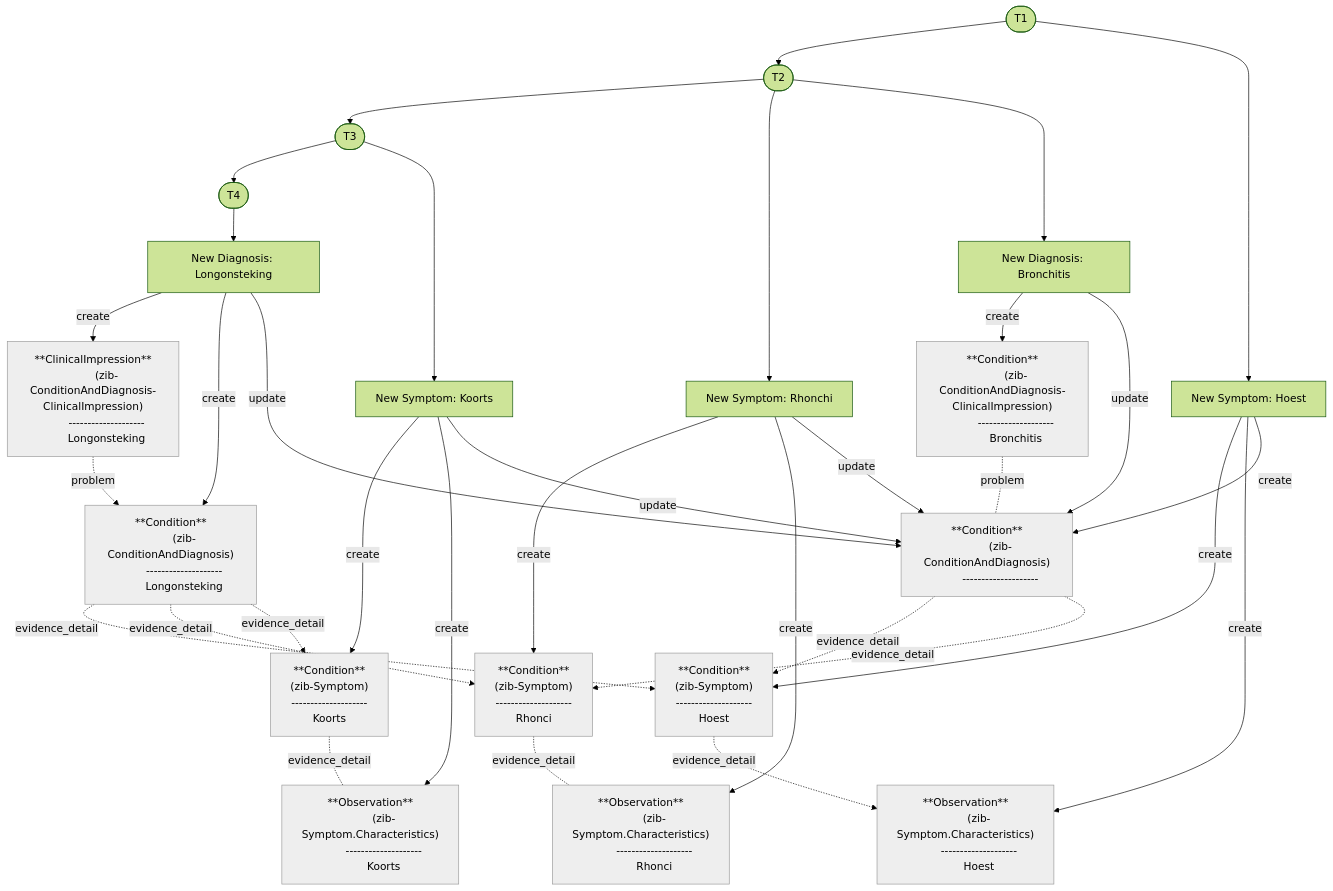
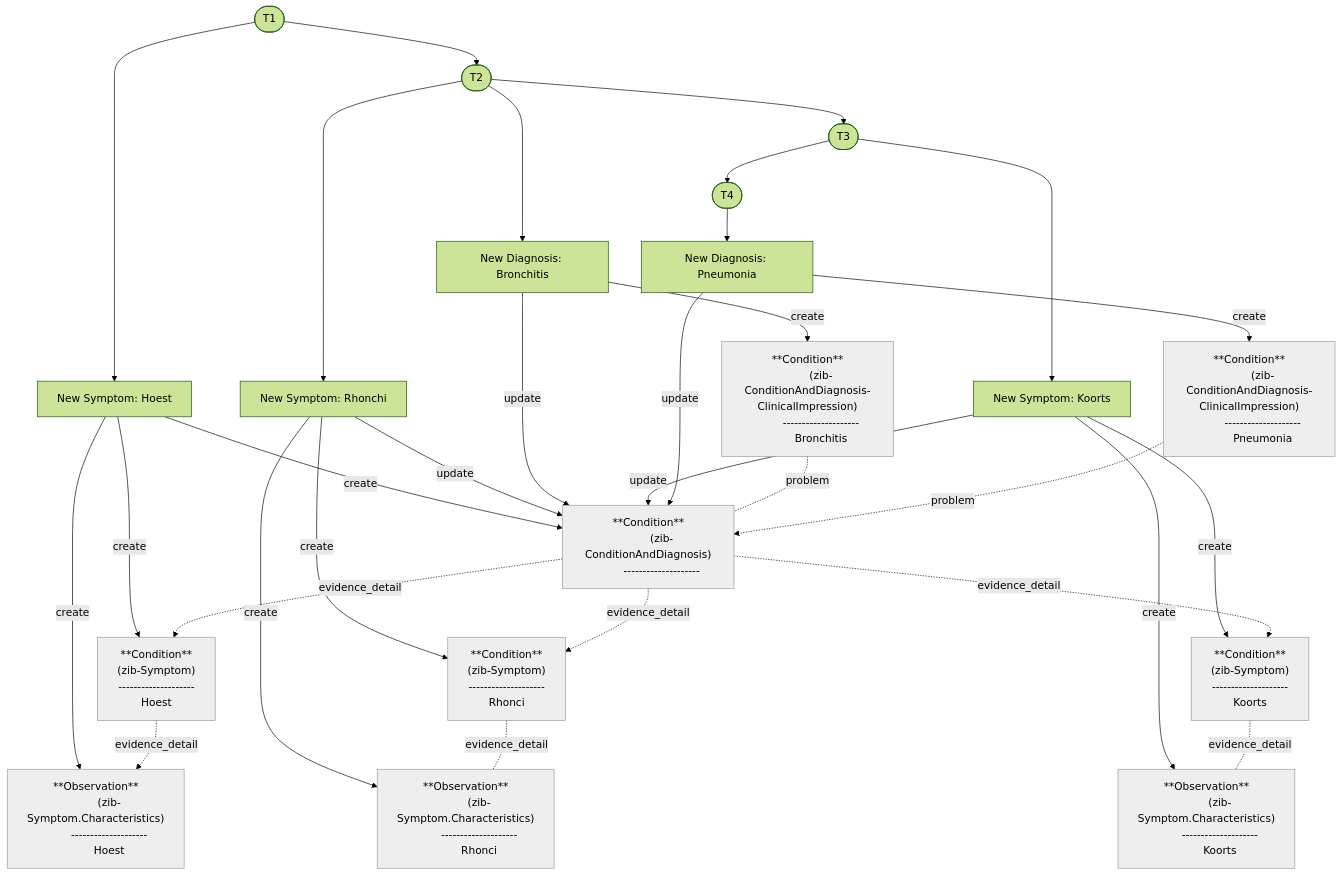
Before and after one commit to Nictiz/Nictiz-R4-zib2024: the second of 21 diagrams in documentation/Condition-Diagnosis-Symptom.md, drawn with Mermaid (forest theme). The commit also changed other lines of this file, not shown here.

````diff
--- a/documentation/Condition-Diagnosis-Symptom.md
+++ b/documentation/Condition-Diagnosis-Symptom.md
@@ -66,67 +67,59 @@
 ```mermaid
 flowchart TB
     T1(["T1"]) --> T2(["T2"]) & Symptom_Hoest["New Symptom: Hoest"]
     T2 --> T3(["T3"]) & Symptom_Rhonci["New Symptom: Rhonchi"] & Diagnosis_Bronchitis["New Diagnosis: Bronchitis"]
     T3 --> T4(["T4"]) & Symptom_Koorts["New Symptom: Koorts"]
     Symptom_Hoest -- create --> S_Hoest["**Condition**
         (zib-Symptom)
         --------------------
         Hoest"] & SC_Hoest["**Observation**
         (zib-Symptom.Characteristics)
         --------------------
-        Hoest"] & CD_Bronchitis["**Condition**
+        Hoest"] & CD["**Condition**
         (zib-ConditionAndDiagnosis)
         --------------------"]
     Symptom_Rhonci -- create --> S_Rhonci["**Condition**
         (zib-Symptom)
         --------------------
         Rhonci"] & SC_Rhonci["**Observation**
         (zib-Symptom.Characteristics)
         --------------------
         Rhonci"]
-    Symptom_Rhonci -- update --> CD_Bronchitis
+    Symptom_Rhonci -- update --> CD
     Diagnosis_Bronchitis -- create --> CDCI_Bronchitis["**Condition**
         (zib-ConditionAndDiagnosis-ClinicalImpression)
         --------------------
         Bronchitis"]
-    Diagnosis_Bronchitis -- update --> CD_Bronchitis
+    Diagnosis_Bronchitis -- update --> CD
     Symptom_Koorts -- create --> S_Koorts["**Condition**
         (zib-Symptom)
         --------------------
         Koorts"] & SC_Koorts["**Observation**
         (zib-Symptom.Characteristics)
         --------------------
         Koorts"]
-    Symptom_Koorts -- update --> CD_Bronchitis
-    T4 --> Diagnosis_Longontsteking["New Diagnosis: Longonsteking"]
-    Diagnosis_Longontsteking -- create --> CDCI_Longonsteking["**ClinicalImpression**
+    Symptom_Koorts -- update --> CD
+    T4 --> Diagnosis_Longontsteking["New Diagnosis: Pneumonia"]
+    Diagnosis_Longontsteking -- create --> CDCI_Pneumonia["**Condition**
         (zib-ConditionAndDiagnosis-ClinicalImpression)
         --------------------
-        Longonsteking"]
-    Diagnosis_Longontsteking -- create --> CD_Longonsteking["**Condition**
-        (zib-ConditionAndDiagnosis)
-        --------------------
-        Longonsteking"]
-    Diagnosis_Longontsteking -- update --> CD_Bronchitis
-    CD_Bronchitis -. evidence_detail .-> S_Hoest & S_Rhonci
-    CD_Longonsteking -. evidence_detail .-> S_Hoest & S_Rhonci & S_Koorts
-
+        Pneumonia"]
+    Diagnosis_Longontsteking -- update --> CD
+    CD -. evidence_detail .-> S_Hoest & S_Rhonci & S_Koorts
     S_Hoest -. evidence_detail .-> SC_Hoest
     S_Rhonci -. evidence_detail .- SC_Rhonci
-    CDCI_Bronchitis -. problem .- CD_Bronchitis
-    CDCI_Longonsteking -. problem .-> CD_Longonsteking
+    CDCI_Bronchitis -. problem .- CD
+    CDCI_Pneumonia -. problem .-> CD
     S_Koorts -. evidence_detail .- SC_Koorts
 
      S_Hoest:::Ash
      SC_Hoest:::Ash
-     CD_Bronchitis:::Ash
-     CD_Longonsteking:::Ash
+     CD:::Ash
      S_Rhonci:::Ash
      SC_Rhonci:::Ash
      CDCI_Bronchitis:::Ash
-     CDCI_Longonsteking:::Ash
      S_Koorts:::Ash
      SC_Koorts:::Ash
-
+     CDCI_Pneumonia:::Ash
     classDef Ash stroke-width:1px, stroke-dasharray:none, stroke:#999999, fill:#EEEEEE, color:#000000
 ```
````
